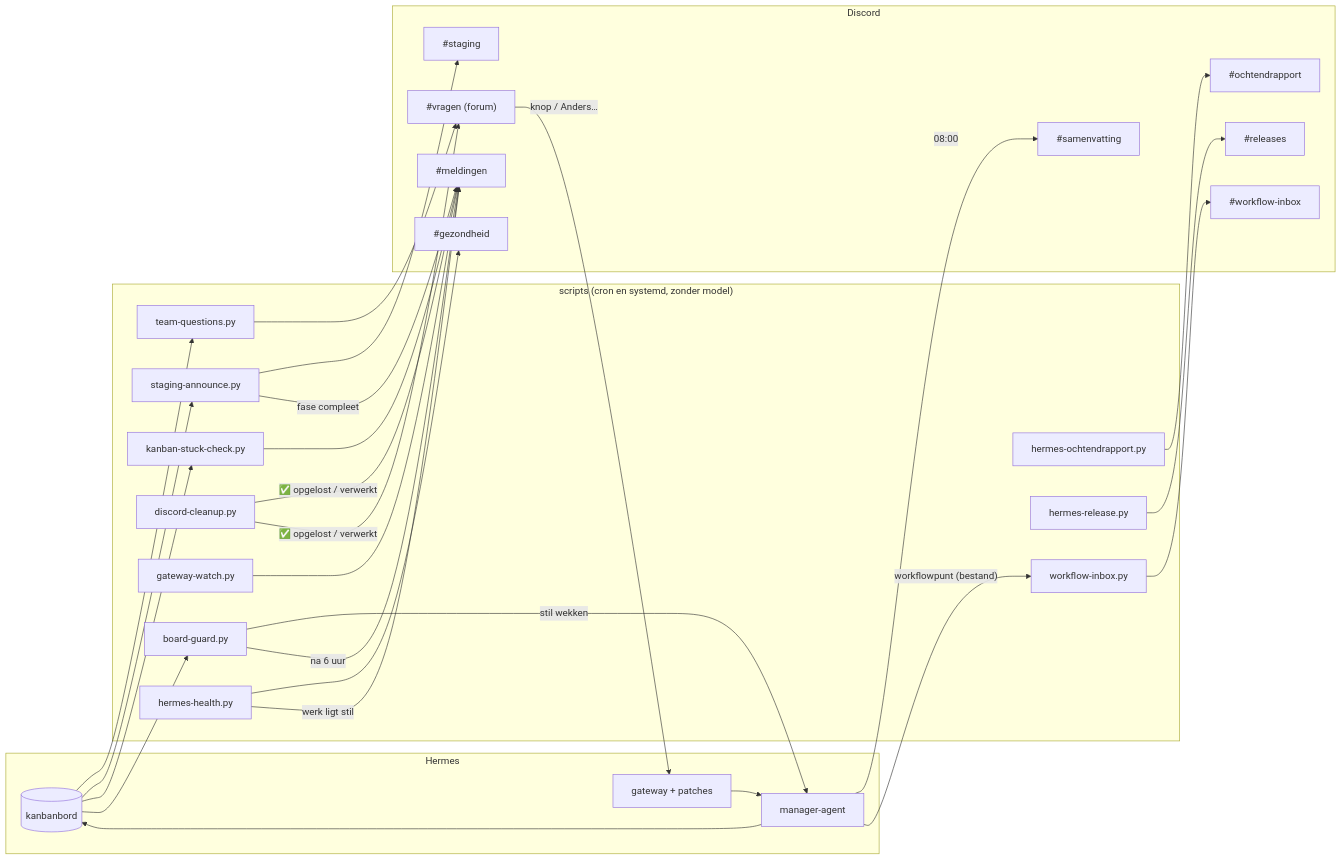
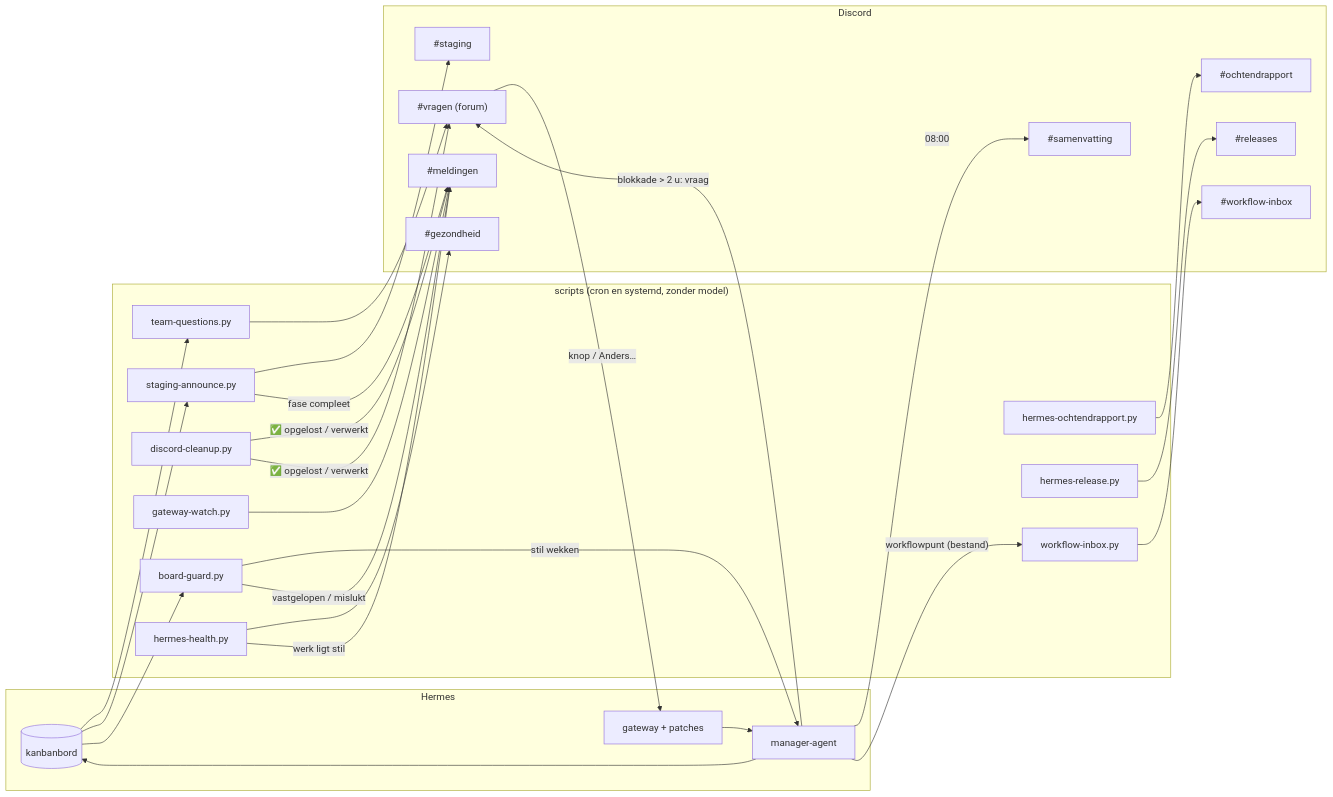
Before and after one commit to BARTBARTBART121231231254365423734568u3/hermes-discord-flow: the second of 2 diagrams in README.md, drawn with Mermaid. The commit also changed other lines of this file and 32 other files, not shown here.

````diff
--- a/README.md
+++ b/README.md
@@ -75,45 +75,44 @@
 ```mermaid
 flowchart LR
     subgraph Hermes
       B[(kanbanbord)]
       M[manager-agent]
       G[gateway + patches]
     end
     subgraph Scripts["scripts (cron en systemd, zonder model)"]
       Q[team-questions.py]
       S[staging-announce.py]
-      K[kanban-stuck-check.py]
       C[discord-cleanup.py]
       W[gateway-watch.py]
       BG[board-guard.py]
       H[hermes-health.py]
       O[hermes-ochtendrapport.py]
       R[hermes-release.py]
       I[workflow-inbox.py]
     end
     subgraph Discord
       V["#vragen (forum)"]
       ME["#meldingen"]
       ST["#staging"]
       SA["#samenvatting"]
       OR["#ochtendrapport"]
       GZ["#gezondheid"]
       RE["#releases"]
       WI["#workflow-inbox"]
     end
     B --> Q --> V
     V -- "knop / Anders…" --> G --> M --> B
     B --> S --> ST
     S -- "fase compleet" --> ME
-    B --> K --> ME
     C -- "✅ opgelost / verwerkt" --> ME & V
     W --> ME
     B --> BG -- "stil wekken" --> M
-    BG -- "na 6 uur" --> ME
+    BG -- "vastgelopen / mislukt" --> ME
+    M -- "blokkade > 2 u: vraag" --> V
     M -- "08:00" --> SA
     H --> GZ
     H -- "werk ligt stil" --> ME
     O --> OR
     R --> RE
     M -- "workflowpunt (bestand)" --> I --> WI
 ```
````
